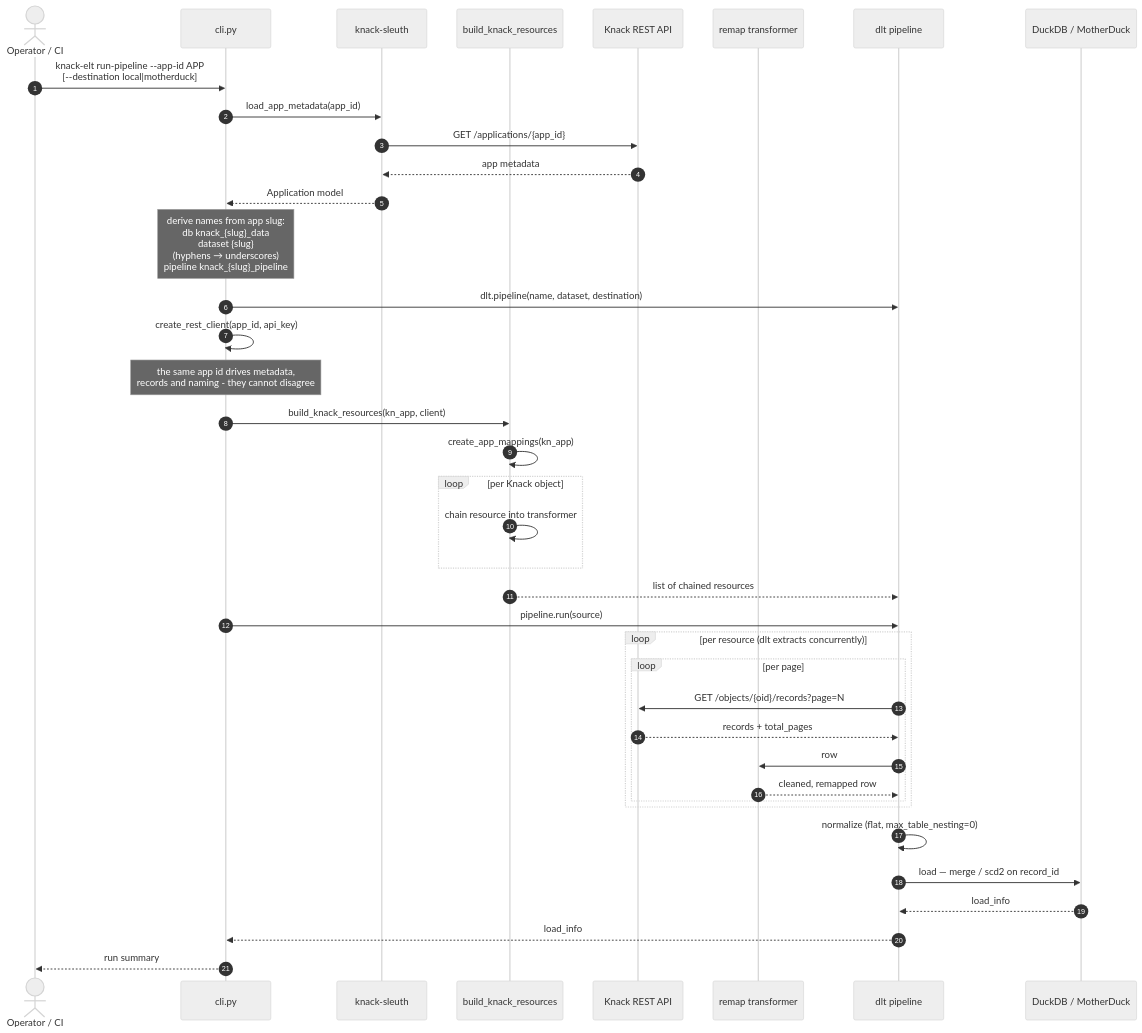
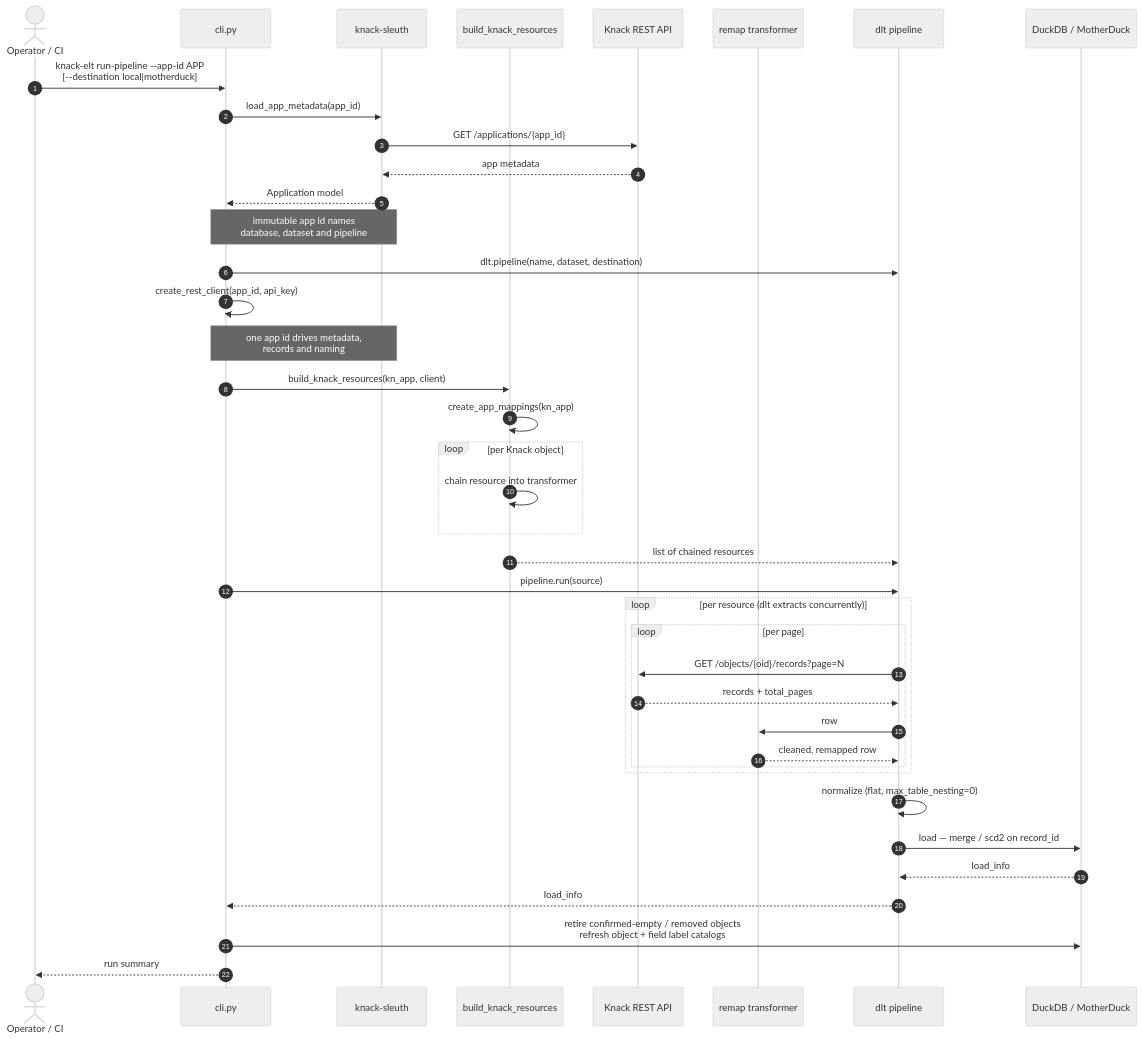
The fourth of 5 diagrams in docs/ARCHITECTURE.md (mcmasty/knack-elt), drawn with Mermaid (neutral theme) before and after one commit. The commit also changed other lines of this file and 9 other files, not shown here.

````diff
--- a/docs/ARCHITECTURE.md
+++ b/docs/ARCHITECTURE.md
@@ -260,50 +253,51 @@
 ```mermaid
 sequenceDiagram
     autonumber
     actor Dev as Operator / CI
     participant CLI as cli.py
     participant Sleuth as knack-sleuth
     participant Src as build_knack_resources
     participant Knack as Knack REST API
     participant Trf as remap transformer
     participant DLT as dlt pipeline
     participant Dest as DuckDB / MotherDuck
 
     Dev->>CLI: knack-elt run-pipeline --app-id APP<br/>[--destination local|motherduck]
     CLI->>Sleuth: load_app_metadata(app_id)
     Sleuth->>Knack: GET /applications/{app_id}
     Knack-->>Sleuth: app metadata
     Sleuth-->>CLI: Application model
 
-    Note over CLI: derive names from app slug:<br/>db knack_{slug}_data<br/>dataset {slug}<br/>(hyphens → underscores)<br/>pipeline knack_{slug}_pipeline
+    Note over CLI,Sleuth: immutable app id names<br/>database, dataset and pipeline
 
     CLI->>DLT: dlt.pipeline(name, dataset, destination)
     CLI->>CLI: create_rest_client(app_id, api_key)
 
-    Note over CLI: the same app id drives metadata,<br/>records and naming - they cannot disagree
+    Note over CLI,Sleuth: one app id drives metadata,<br/>records and naming
 
     CLI->>Src: build_knack_resources(kn_app, client)
     Src->>Src: create_app_mappings(kn_app)
 
     loop per Knack object
         Src->>Src: chain resource into transformer
     end
     Src-->>DLT: list of chained resources
 
     CLI->>DLT: pipeline.run(source)
 
     loop per resource (dlt extracts concurrently)
         loop per page
             DLT->>Knack: GET /objects/{oid}/records?page=N
             Knack-->>DLT: records + total_pages
             DLT->>Trf: row
             Trf-->>DLT: cleaned, remapped row
         end
     end
 
     DLT->>DLT: normalize (flat, max_table_nesting=0)
     DLT->>Dest: load — merge / scd2 on record_id
     Dest-->>DLT: load_info
     DLT-->>CLI: load_info
+    CLI->>Dest: retire confirmed-empty / removed objects<br/>refresh object + field label catalogs
     CLI-->>Dev: run summary
 ```
````
